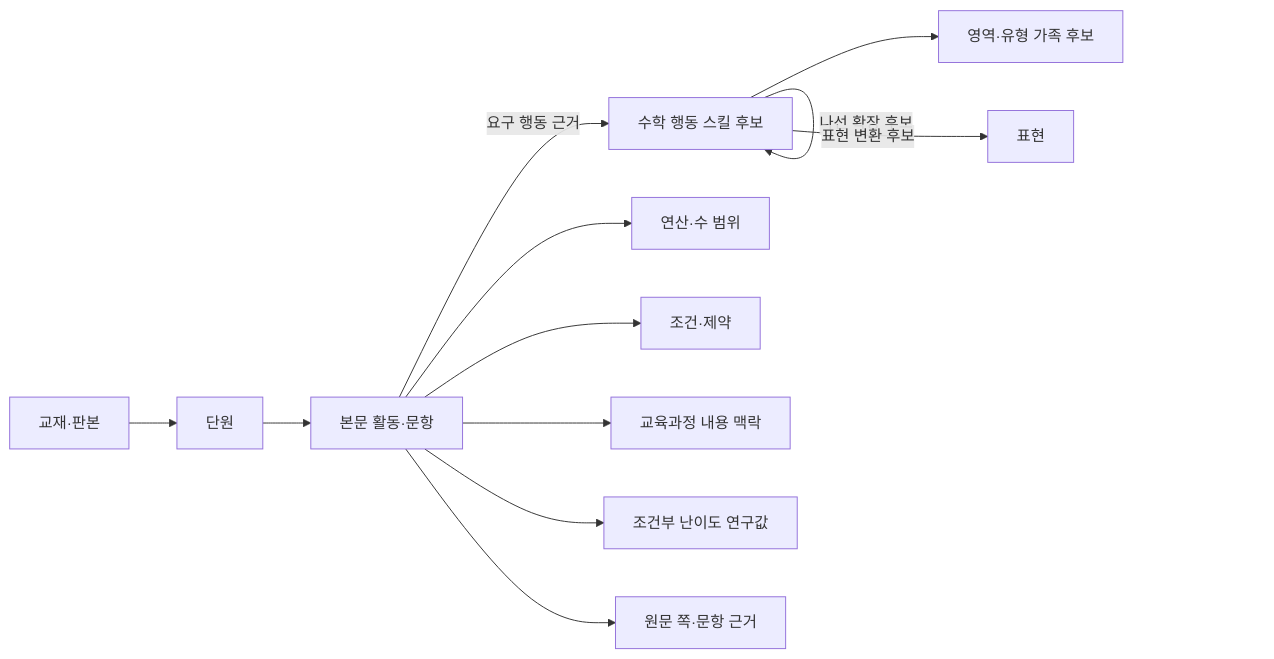
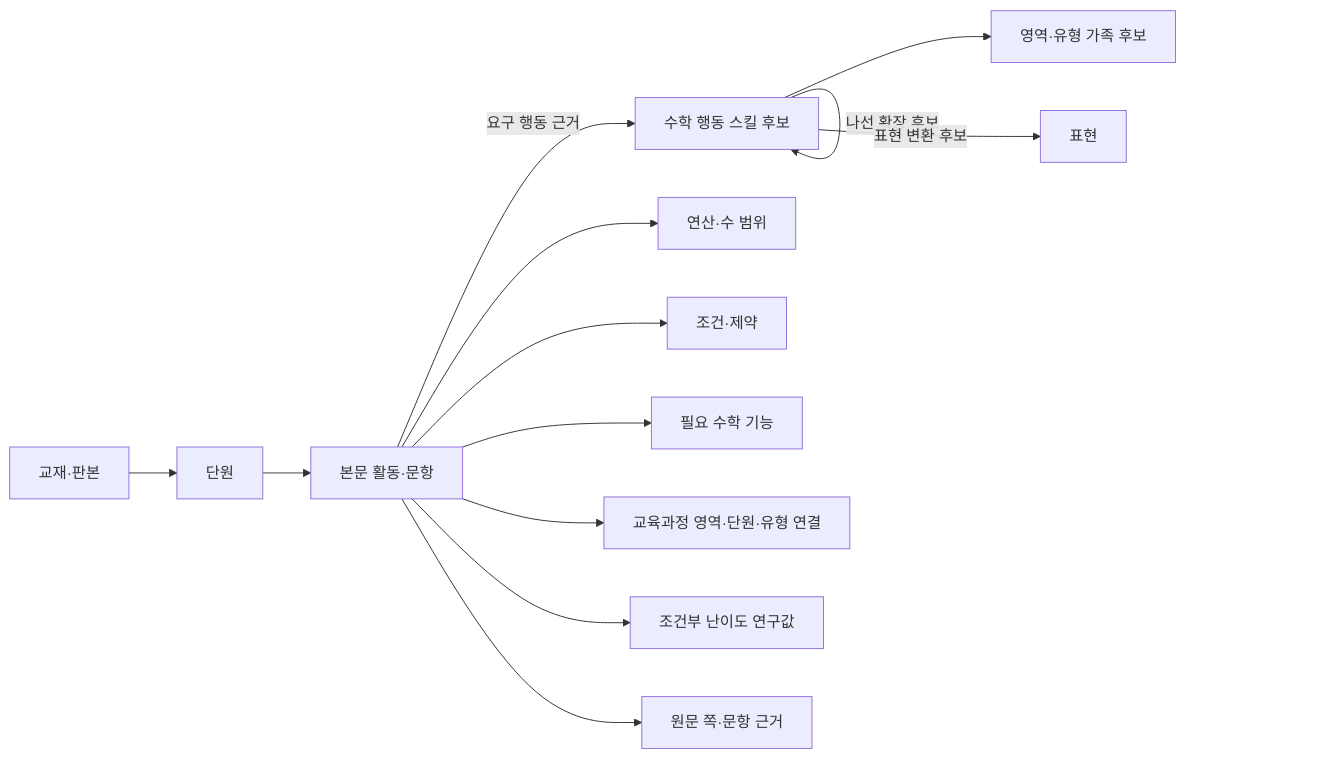
Before and after one commit to docssam1/lete-on: the diagram in math-skill-map/ONTOLOGY.md, drawn with Mermaid. The commit also changed other lines of this file and 2 other files, not shown here.

Commit message:
feat(math-skill-map): separate skill needs from curriculum links

````diff
--- a/math-skill-map/ONTOLOGY.md
+++ b/math-skill-map/ONTOLOGY.md
@@ -14,15 +14,16 @@
 ```mermaid
 flowchart LR
   Book[교재·판본] --> Unit[단원]
   Unit --> Activity[본문 활동·문항]
   Activity -->|요구 행동 근거| Skill[수학 행동 스킬 후보]
   Skill --> Family[영역·유형 가족 후보]
   Skill -->|선수 후보| Skill
   Skill -->|나선 확장 후보| Skill
   Skill -->|표현 변환 후보| Representation[표현]
   Activity --> Operation[연산·수 범위]
   Activity --> Condition[조건·제약]
-  Activity --> Curriculum[교육과정 내용 맥락]
+  Activity --> RequiredSkill[필요 수학 기능]
+  Activity --> Curriculum[교육과정 영역·단원·유형 연결]
   Activity --> Difficulty[조건부 난이도 연구값]
   Activity --> Evidence[원문 쪽·문항 근거]
 ```
````
